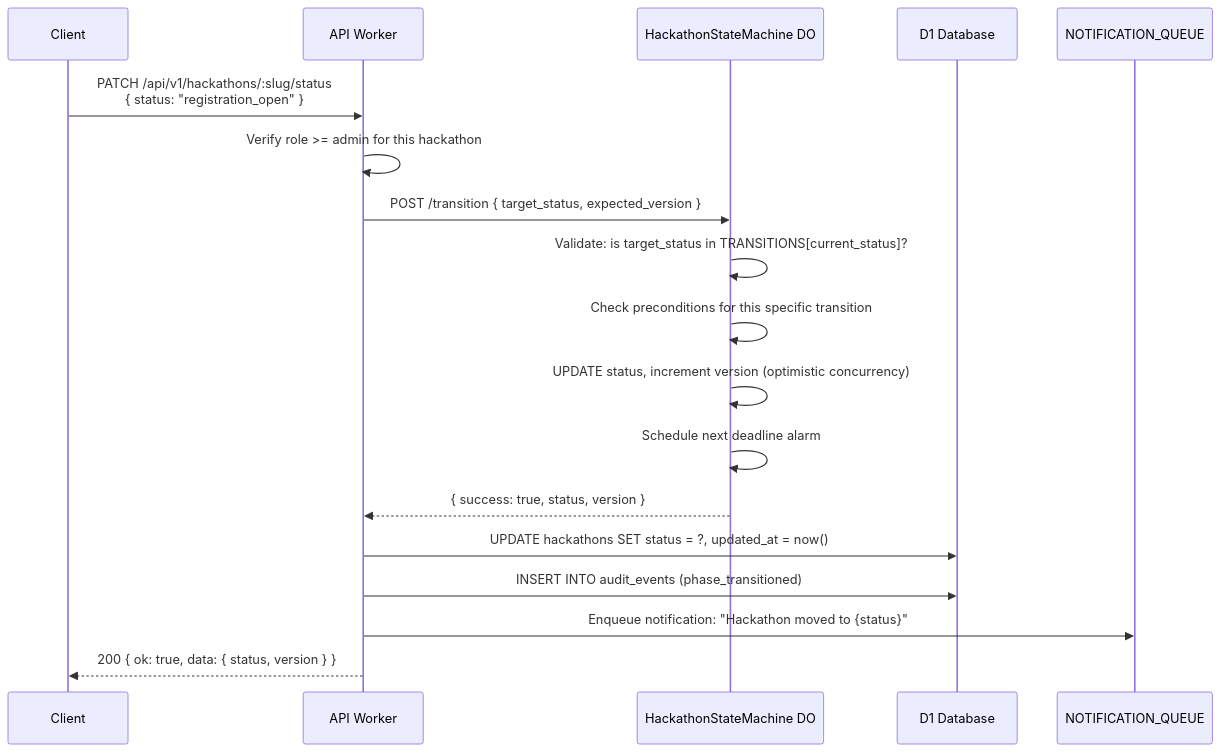
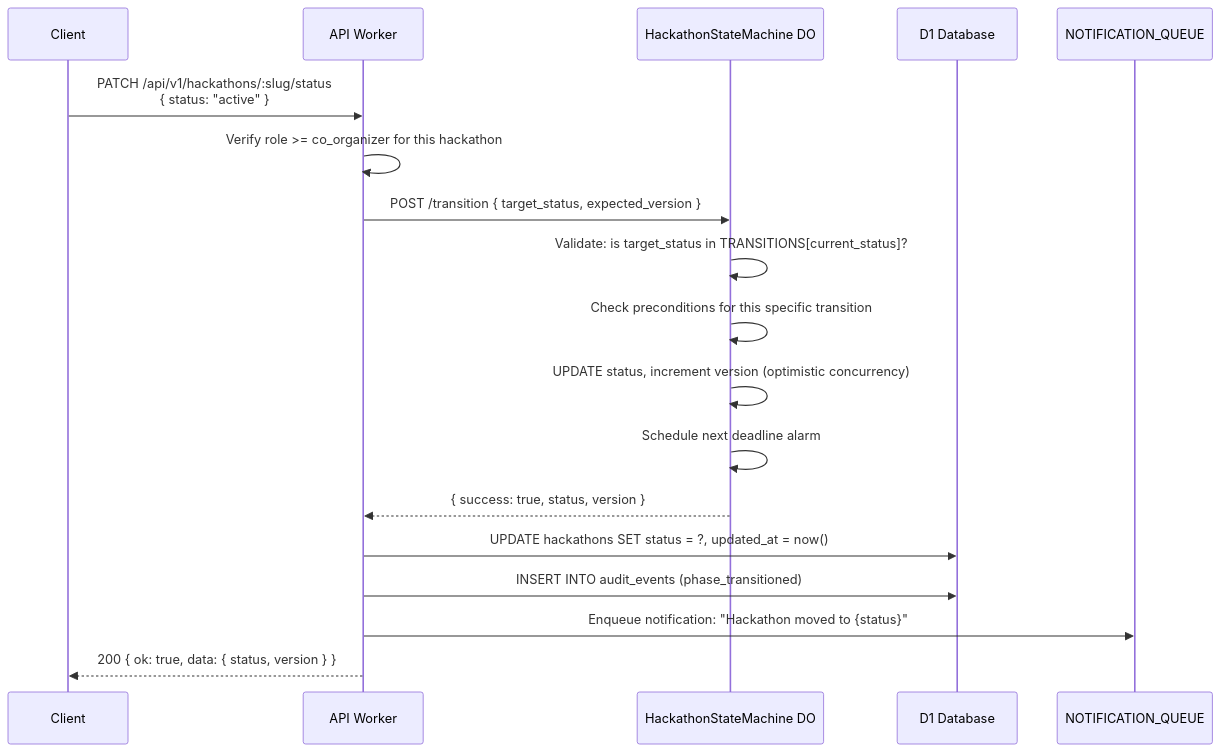
One commit to devangshupandey2025-stack/DevSage changed the fourth of 7 diagrams in docs/v3/planned/hackathon-lifecycle.md. Above: the diagram before and after it, drawn with Mermaid. The commit also changed other lines of this file and 2 other files, not shown here.

First line of the commit message:
docs(core): fix canonical role names in lifecycle, roles, and team management docs

````diff
--- a/docs/v3/planned/hackathon-lifecycle.md
+++ b/docs/v3/planned/hackathon-lifecycle.md
@@ -264,23 +264,23 @@
 ```mermaid
 sequenceDiagram
     participant C as Client
     participant W as API Worker
     participant DO as HackathonStateMachine DO
     participant D1 as D1 Database
     participant Q as NOTIFICATION_QUEUE
 
-    C->>W: PATCH /api/v1/hackathons/:slug/status<br/>{ status: "registration_open" }
-    W->>W: Verify role >= admin for this hackathon
+    C->>W: PATCH /api/v1/hackathons/:slug/status<br/>{ status: "active" }
+    W->>W: Verify role >= co_organizer for this hackathon
 
     W->>DO: POST /transition { target_status, expected_version }
     DO->>DO: Validate: is target_status in TRANSITIONS[current_status]?
     DO->>DO: Check preconditions for this specific transition
     DO->>DO: UPDATE status, increment version (optimistic concurrency)
     DO->>DO: Schedule next deadline alarm
     DO-->>W: { success: true, status, version }
 
     W->>D1: UPDATE hackathons SET status = ?, updated_at = now()
     W->>D1: INSERT INTO audit_events (phase_transitioned)
     W->>Q: Enqueue notification: "Hackathon moved to {status}"
     W-->>C: 200 { ok: true, data: { status, version } }
 ```
````
